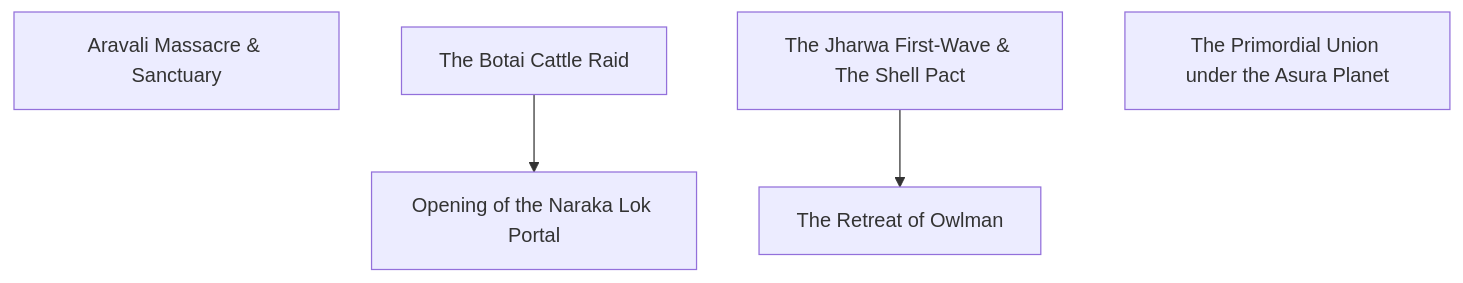
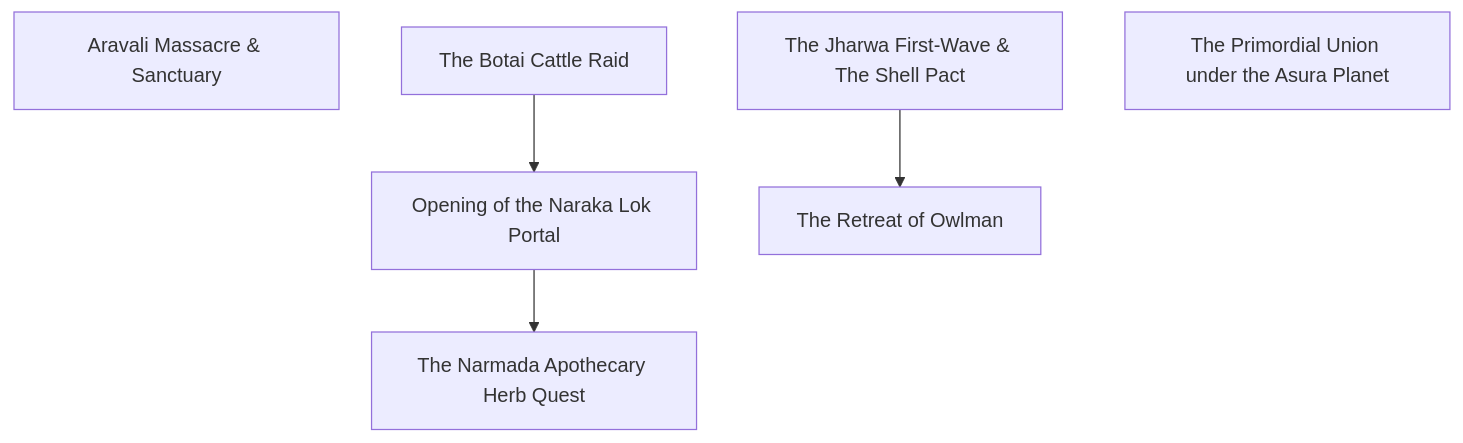
The third of 6 diagrams in docs/atlas.md (lordlebu/SouthOfTethys), drawn with Mermaid before and after one commit. The commit also changed other lines of this file and 24 other files, not shown here.

````diff
--- a/docs/atlas.md
+++ b/docs/atlas.md
@@ -102,11 +109,13 @@
 ```mermaid
 graph TD
     E0["Aravali Massacre & Sanctuary"]
     E1["The Botai Cattle Raid"]
     E2["The Jharwa First-Wave & The Shell Pact"]
     E3["Opening of the Naraka Lok Portal"]
-    E4["The Retreat of Owlman"]
-    E5["The Primordial Union under the Asura Planet"]
+    E4["The Narmada Apothecary Herb Quest"]
+    E5["The Retreat of Owlman"]
+    E6["The Primordial Union under the Asura Planet"]
     E1 --> E3
-    E2 --> E4
+    E2 --> E5
+    E3 --> E4
 ```
````
